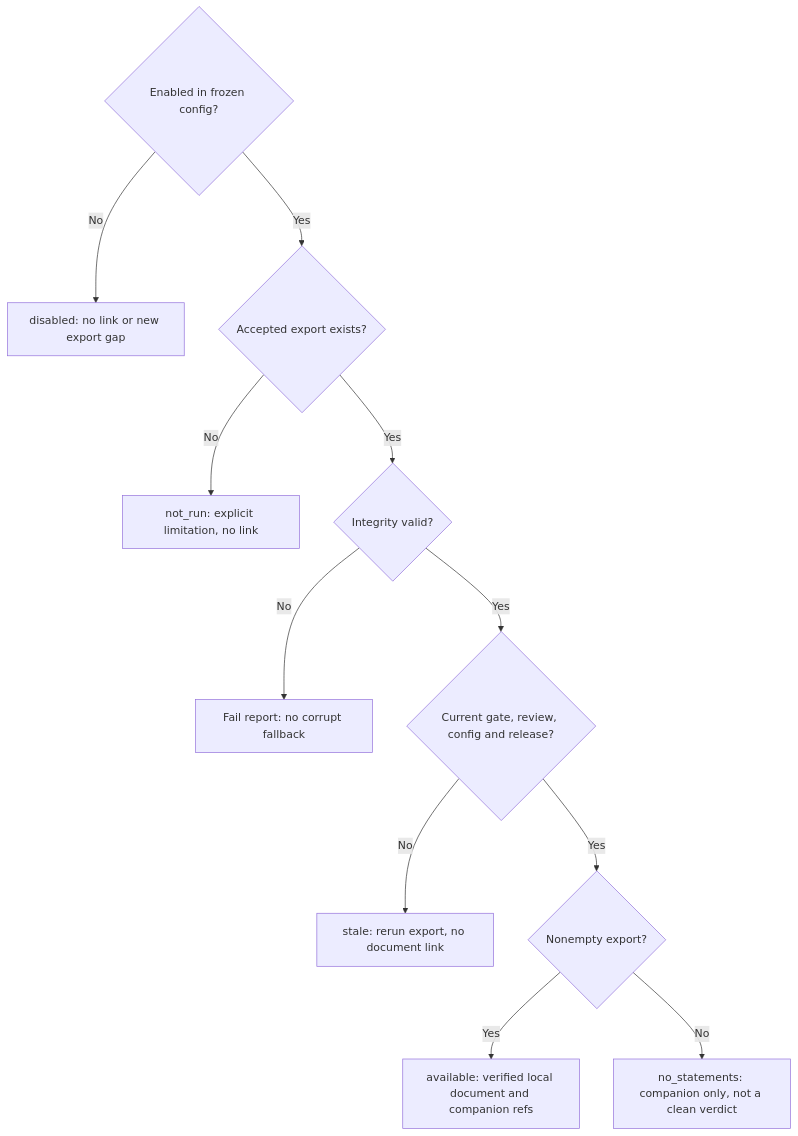
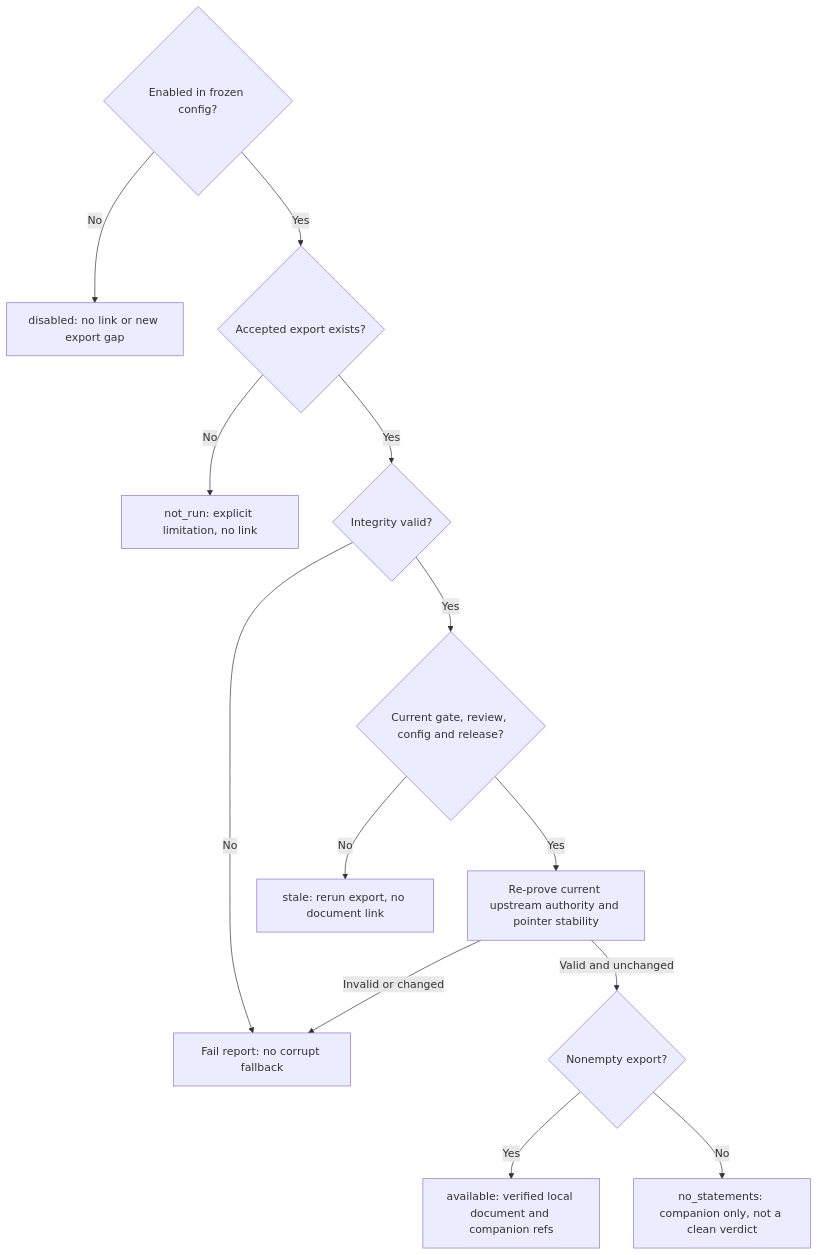
The third of 3 diagrams in docs/operations/openvex-export.md (wsollers/appsec-review), drawn with Mermaid before and after one commit. The commit also changed other lines of this file and 5 other files, not shown here.

````diff
--- a/docs/operations/openvex-export.md
+++ b/docs/operations/openvex-export.md
@@ -204,14 +224,16 @@
 ```mermaid
 flowchart TD
     Enabled{"Enabled in frozen config?"}
     Enabled -->|No| Disabled["disabled: no link or new export gap"]
     Enabled -->|Yes| Accepted{"Accepted export exists?"}
     Accepted -->|No| Missing["not_run: explicit limitation, no link"]
     Accepted -->|Yes| Valid{"Integrity valid?"}
     Valid -->|No| Error["Fail report: no corrupt fallback"]
     Valid -->|Yes| Current{"Current gate, review, config and release?"}
     Current -->|No| Stale["stale: rerun export, no document link"]
-    Current -->|Yes| Nonempty{"Nonempty export?"}
+    Current -->|Yes| Reprove["Re-prove current upstream authority and pointer stability"]
+    Reprove -->|Invalid or changed| Error
+    Reprove -->|Valid and unchanged| Nonempty{"Nonempty export?"}
     Nonempty -->|Yes| Available["available: verified local document and companion refs"]
     Nonempty -->|No| Empty["no_statements: companion only, not a clean verdict"]
 ```
````
